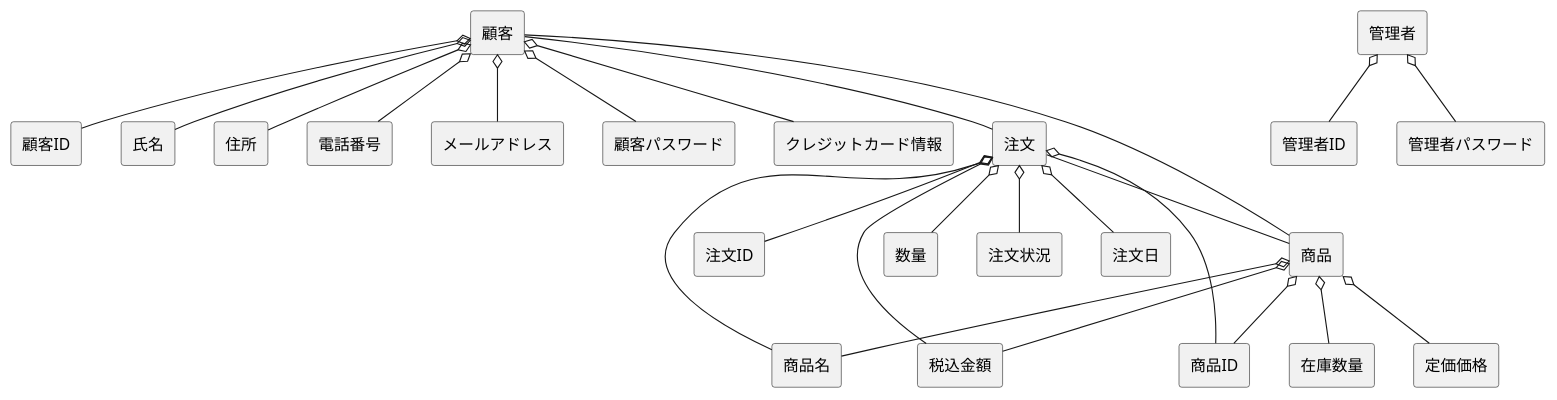
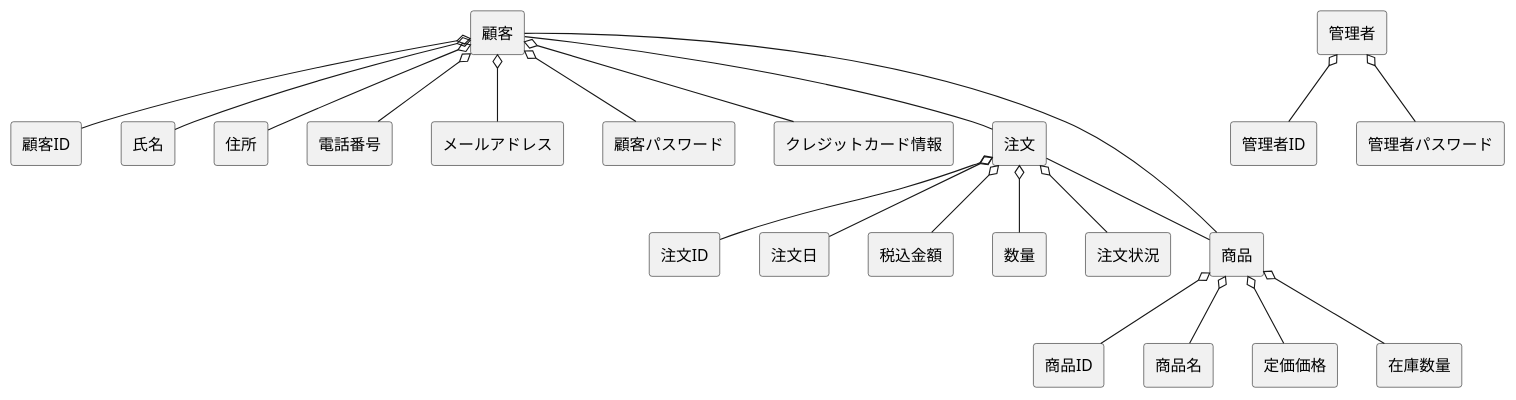
One commit to ko246/ohara_uml changed the diagram in group/3-3_総合演習1_BBショップ注文管理システム/ドメインモデル図/domain.pu. Above: the diagram before and after it, drawn with PlantUML.

Commit message:
ドメインモデル図修正

```diff
--- a/group/3-3_総合演習1_BBショップ注文管理システム/ドメインモデル図/domain.pu
+++ b/group/3-3_総合演習1_BBショップ注文管理システム/ドメインモデル図/domain.pu
@@ -1,34 +1,31 @@
 @startuml Robodogドメインモデル図
 skinparam componentStyle rectangle
 
 [顧客] o-- [顧客ID]
 [顧客] o-- [氏名]
 [顧客] o-- [住所]
 [顧客] o-- [電話番号]
 [顧客] o-- [メールアドレス]
 [顧客] o-- [顧客パスワード]
 [顧客] o-- [クレジットカード情報]
 
 [注文] o-- [注文ID]
 [注文] o-- [注文日]
-[注文] o-- [商品ID]
-[注文] o-- [商品名]
 [注文] o-- [税込金額]
 [注文] o-- [数量]
 [注文] o-- [注文状況]
 
 [商品] o-- [商品ID]
 [商品] o-- [商品名]
 [商品] o-- [定価価格]
-[商品] o-- [税込金額]
 [商品] o-- [在庫数量]
 
 [商品] -- [顧客]
 [注文] -- [商品]
 [顧客] -- [注文]
 
 [管理者] o-- [管理者ID]
 [管理者] o-- [管理者パスワード]
 
 
 @enduml
```
